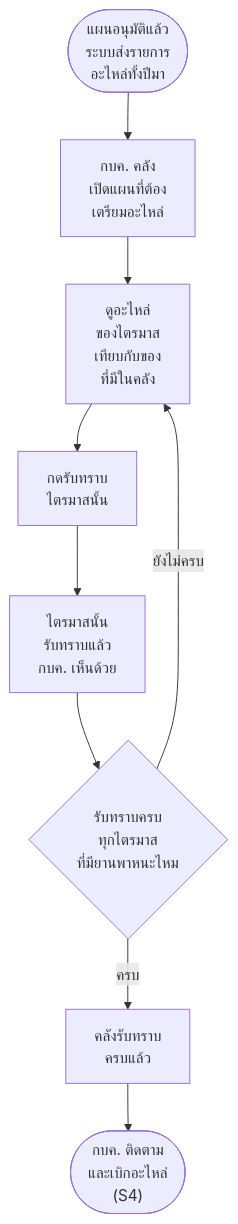
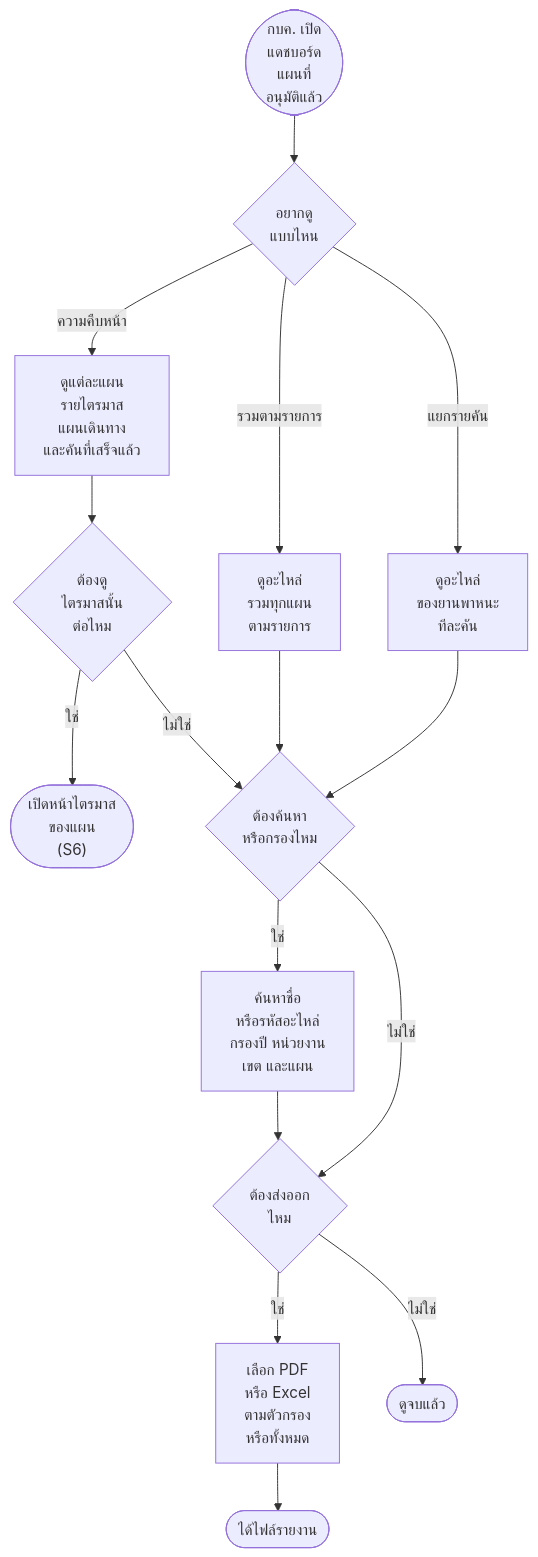
Before and after one commit to anugmail/Maintenance-Request-Form: the sixth of 20 diagrams in Diagram/01-บำรุงรักษาตามวาระ/27-บำรุงรักษา-flowchart-กิจกรรม.md, drawn with Mermaid. The commit also changed other lines of this file and 10 other files, not shown here.

First line of the commit message:
บำรุงรักษา: S6 แผนเดินทาง วันดำเนินการรายคัน · อะไหล่ของแผนเดินทาง · ส่งออกแผนเดินทาง · คอลัมน์ชุดเดียว S6–S12 · แท็บทั้งหมดรวมอะไหล่ทุกไตรมาส · AC-S1 ฉบับลอง

````diff
--- a/Diagram/01-บำรุงรักษาตามวาระ/27-บำรุงรักษา-flowchart-กิจกรรม.md
+++ b/Diagram/01-บำรุงรักษาตามวาระ/27-บำรุงรักษา-flowchart-กิจกรรม.md
@@ -123,11 +123,18 @@
 ```mermaid
 flowchart TD
-    S(["แผนอนุมัติแล้ว<br/>ระบบส่งรายการ<br/>อะไหล่ทั้งปีมา"]) --> A1["กบค. คลัง<br/>เปิดแผนที่ต้อง<br/>เตรียมอะไหล่"]
-    A1 --> A2["ดูอะไหล่<br/>ของไตรมาส<br/>เทียบกับของ<br/>ที่มีในคลัง"]
-    A2 --> A3["กดรับทราบ<br/>ไตรมาสนั้น"]
-    A3 --> A4["ไตรมาสนั้น<br/>รับทราบแล้ว<br/>กบค. เห็นด้วย"]
-    A4 --> Q1{"รับทราบครบ<br/>ทุกไตรมาส<br/>ที่มียานพาหนะไหม"}
-    Q1 -->|ยังไม่ครบ| A2
-    Q1 -->|ครบ| A5["คลังรับทราบ<br/>ครบแล้ว"]
-    A5 --> E(["กบค. ติดตาม<br/>และเบิกอะไหล่<br/>(S4)"])
+    S(["กบค. เปิด<br/>แดชบอร์ด<br/>แผนที่<br/>อนุมัติแล้ว"]) --> Q1{"อยากดู<br/>แบบไหน"}
+    Q1 -->|รวมตามรายการ| A1["ดูอะไหล่<br/>รวมทุกแผน<br/>ตามรายการ"]
+    Q1 -->|แยกรายคัน| A2["ดูอะไหล่<br/>ของยานพาหนะ<br/>ทีละคัน"]
+    Q1 -->|ความคืบหน้า| A3["ดูแต่ละแผน<br/>รายไตรมาส<br/>แผนเดินทาง<br/>และคันที่เสร็จแล้ว"]
+    A3 --> Q4{"ต้องดู<br/>ไตรมาสนั้น<br/>ต่อไหม"}
+    Q4 -->|ใช่| E1(["เปิดหน้าไตรมาส<br/>ของแผน<br/>(S6)"])
+    Q4 -->|ไม่ใช่| Q2
+    A1 --> Q2
+    A2 --> Q2{"ต้องค้นหา<br/>หรือกรองไหม"}
+    Q2 -->|ใช่| A4["ค้นหาชื่อ<br/>หรือรหัสอะไหล่<br/>กรองปี หน่วยงาน<br/>เขต และแผน"]
+    A4 --> Q3
+    Q2 -->|ไม่ใช่| Q3{"ต้องส่งออก<br/>ไหม"}
+    Q3 -->|ใช่| A5["เลือก PDF<br/>หรือ Excel<br/>ตามตัวกรอง<br/>หรือทั้งหมด"]
+    A5 --> E2(["ได้ไฟล์รายงาน"])
+    Q3 -->|ไม่ใช่| E3(["ดูจบแล้ว"])
 ```
````
